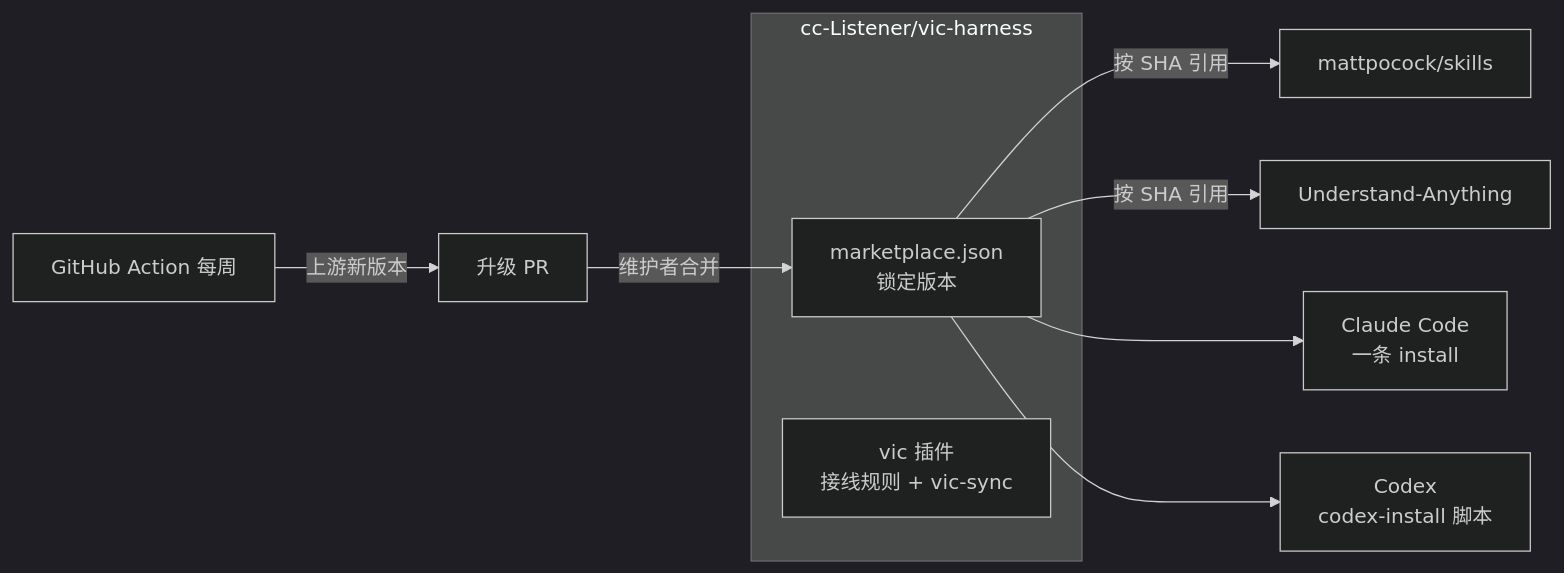
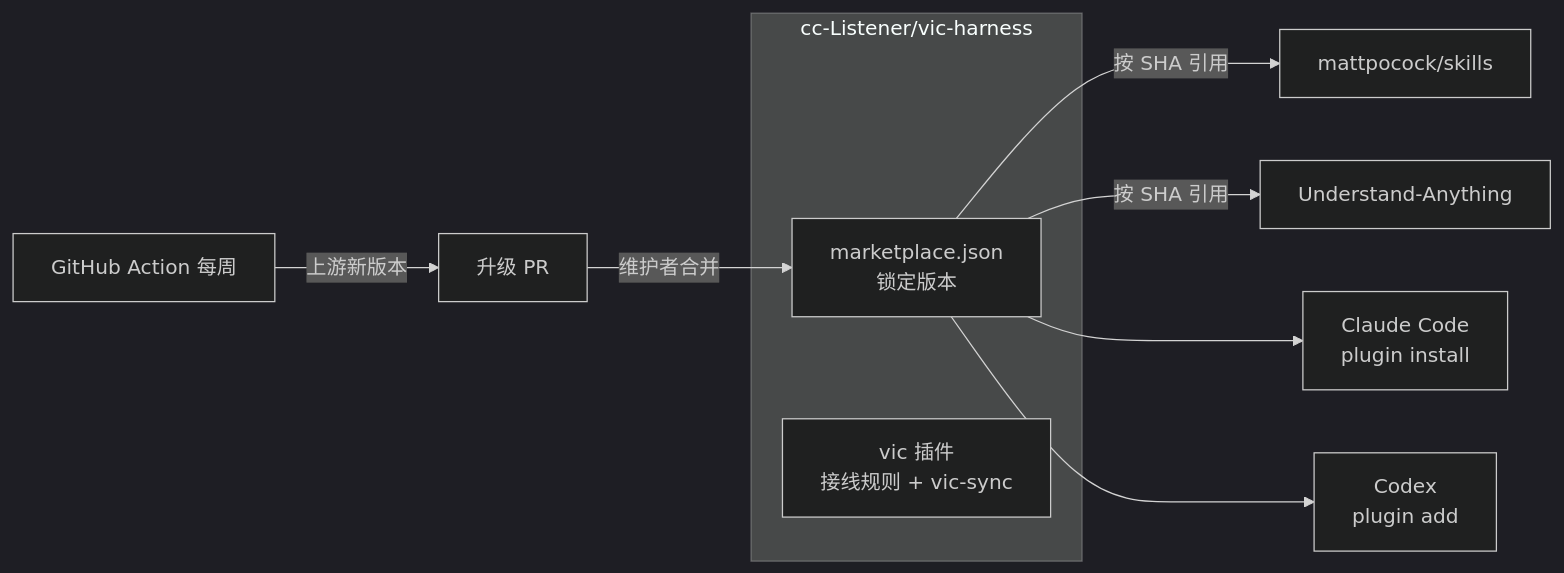
Before and after one commit to cc-Listener/vic-harness: the diagram in README.md, drawn with Mermaid (dark theme). The commit also changed other lines of this file and 6 other files, not shown here.

````diff
--- a/README.md
+++ b/README.md
@@ -54,13 +54,13 @@
 ```mermaid
 flowchart LR
   subgraph repo[cc-Listener/vic-harness]
     M[marketplace.json<br/>锁定版本]
     V[vic 插件<br/>接线规则 + vic-sync]
   end
   M -->|按 SHA 引用| Matt[mattpocock/skills]
   M -->|按 SHA 引用| UA[Understand-Anything]
-  M --> CC[Claude Code<br/>一条 install]
-  M --> CX[Codex<br/>codex-install 脚本]
+  M --> CC[Claude Code<br/>plugin install]
+  M --> CX[Codex<br/>plugin add]
   GA[GitHub Action 每周] -->|上游新版本| PR[升级 PR]
   PR -->|维护者合并| M
 ```
````
